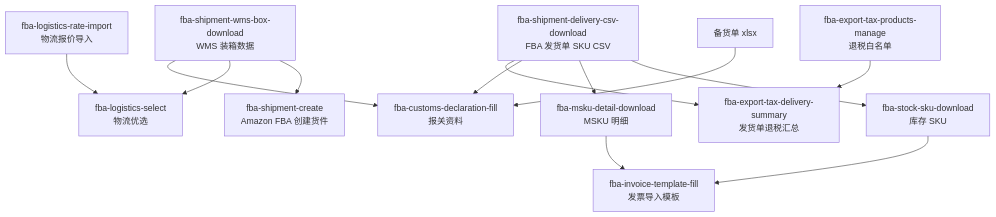
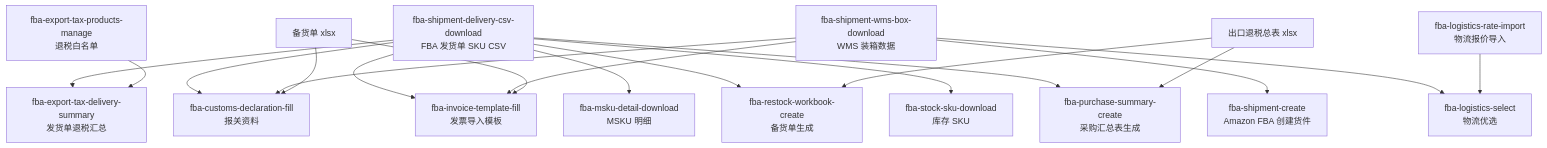
The diagram in skills/fba-workflow-map/SKILL.md (LXE123/LXE_AGENT), drawn with Mermaid before and after one commit. The commit also changed other lines of this file and 4 other files, not shown here.

First line of the commit message:
docs(fba): document invoice and workbook workflows

````diff
--- a/skills/fba-workflow-map/SKILL.md
+++ b/skills/fba-workflow-map/SKILL.md
@@ -23,17 +24,22 @@
 ```mermaid
 flowchart TD
   A["fba-shipment-delivery-csv-download<br/>FBA 发货单 SKU CSV"] --> B["fba-stock-sku-download<br/>库存 SKU"]
   A --> C["fba-msku-detail-download<br/>MSKU 明细"]
-  B --> D["fba-invoice-template-fill<br/>发票导入模板"]
-  C --> D
+  A --> D["fba-invoice-template-fill<br/>发票导入模板"]
 
   E["fba-shipment-wms-box-download<br/>WMS 装箱数据"] --> F["fba-shipment-create<br/>Amazon FBA 创建货件"]
   E --> G["fba-logistics-select<br/>物流优选"]
+  E --> D
+  L["备货单 xlsx"] --> D
   A --> H["fba-customs-declaration-fill<br/>报关资料"]
   E --> H["fba-customs-declaration-fill<br/>报关资料"]
   L["备货单 xlsx"] --> H
 
   A --> I["fba-export-tax-delivery-summary<br/>发货单退税汇总"]
   J["fba-export-tax-products-manage<br/>退税白名单"] --> I
   K["fba-logistics-rate-import<br/>物流报价导入"] --> G
+  A --> M["fba-purchase-summary-create<br/>采购汇总表生成"]
+  N["出口退税总表 xlsx"] --> M
+  A --> O["fba-restock-workbook-create<br/>备货单生成"]
+  N --> O
 ```
````
